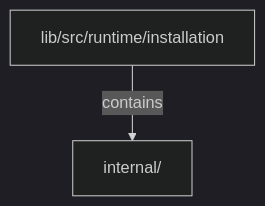
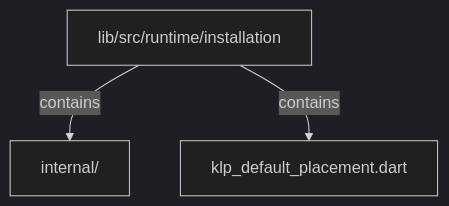
One commit to MiuDog/Kallopis changed the second of 2 diagrams in docs/architecture/src/runtime/installation/README.md. Above: the diagram before and after it, drawn with Mermaid (dark theme). The commit also changed other lines of this file and 9688 other files, not shown here.

Commit message:
Prepare isolated Flow F2 peer baseline

````diff
--- a/docs/architecture/src/runtime/installation/README.md
+++ b/docs/architecture/src/runtime/installation/README.md
@@ -21,6 +35,8 @@
 ```mermaid
 flowchart TD
 	n0["lib/src/runtime/installation"]
 	n1["internal/"]
+	n2["klp_default_placement.dart"]
 	n0 -->|"contains"| n1
+	n0 -->|"contains"| n2
 ```
````
